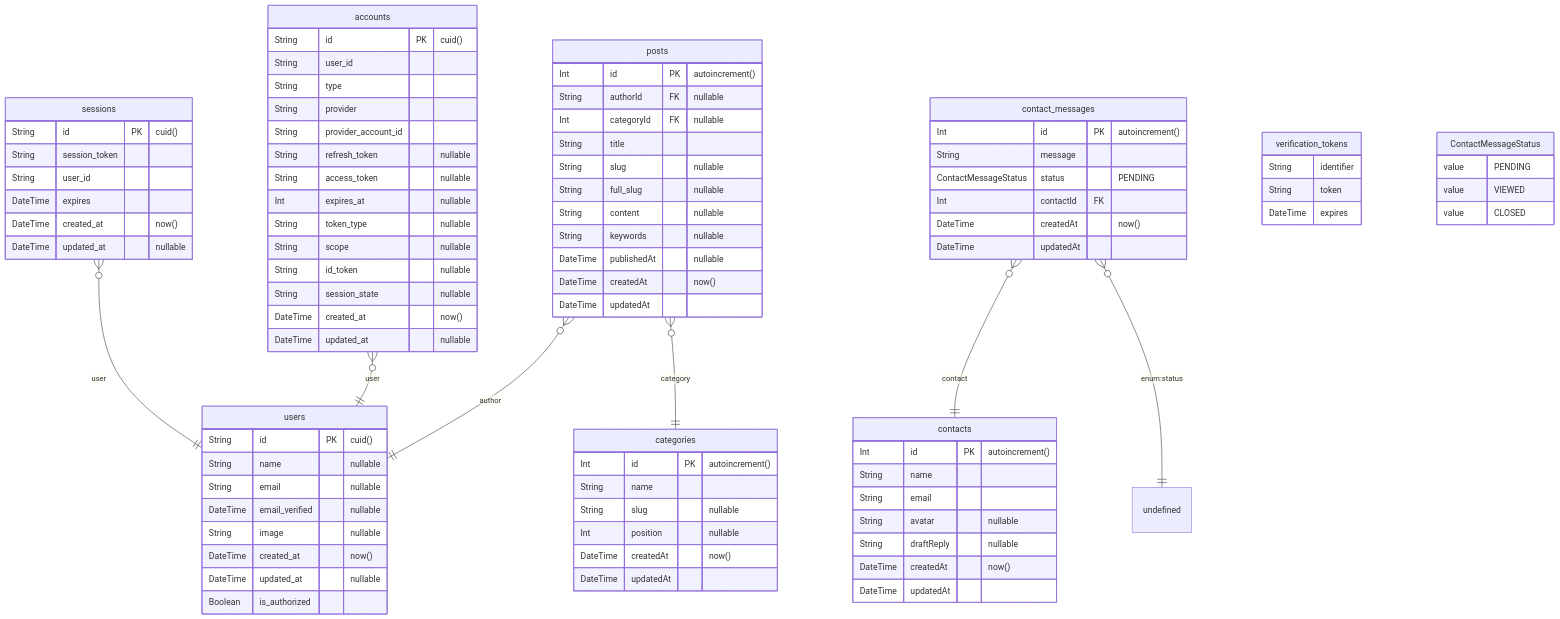
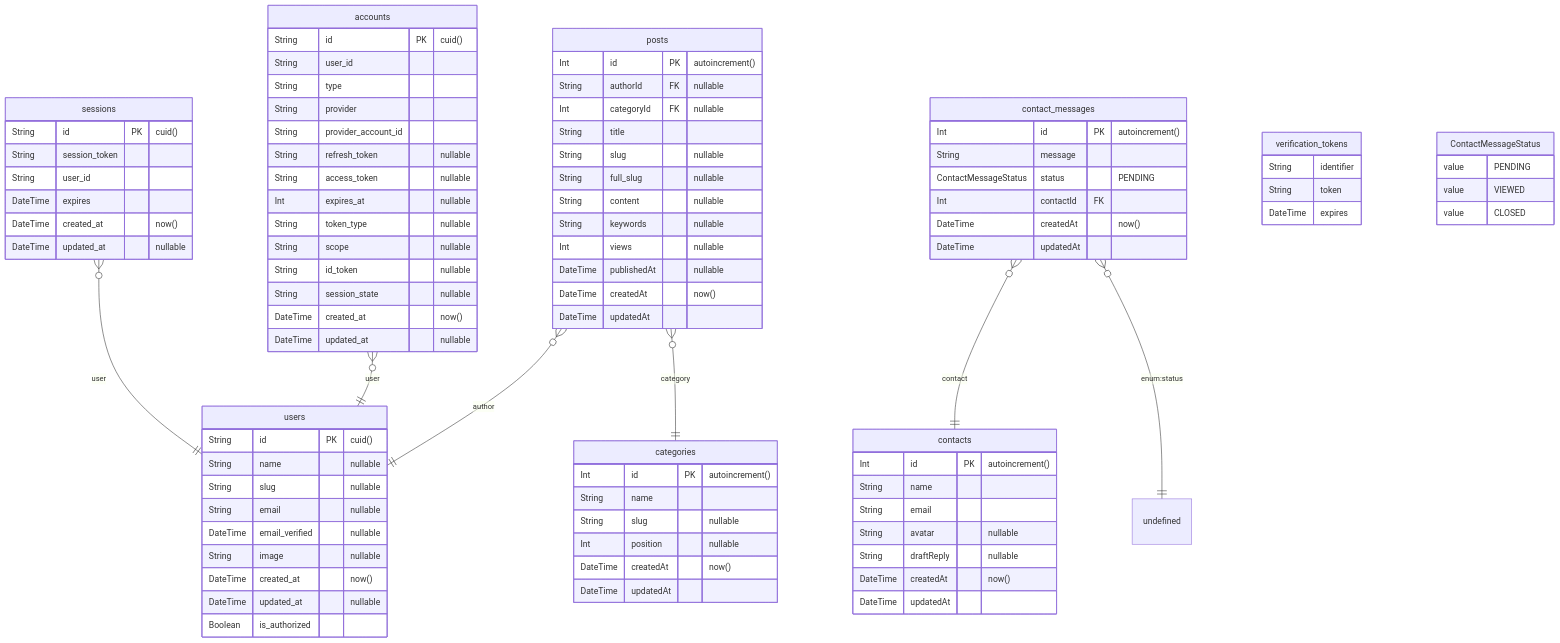
The diagram in prisma/ERD.md (boleknowak/piotrdoniak.com), drawn with Mermaid before and after one commit. The commit also changed 9 other files, not shown here.

```diff
--- a/prisma/ERD.md
+++ b/prisma/ERD.md
@@ -9,6 +9,7 @@
 		String full_slug  "nullable"
 		String content  "nullable"
 		String keywords  "nullable"
+		Int views  "nullable"
 		DateTime publishedAt  "nullable"
 		DateTime createdAt  "now()"
 		DateTime updatedAt
@@ -65,6 +66,7 @@
 	users {
 		String id PK  "cuid()"
 		String name  "nullable"
+		String slug  "nullable"
 		String email  "nullable"
 		DateTime email_verified  "nullable"
 		String image  "nullable"
```
